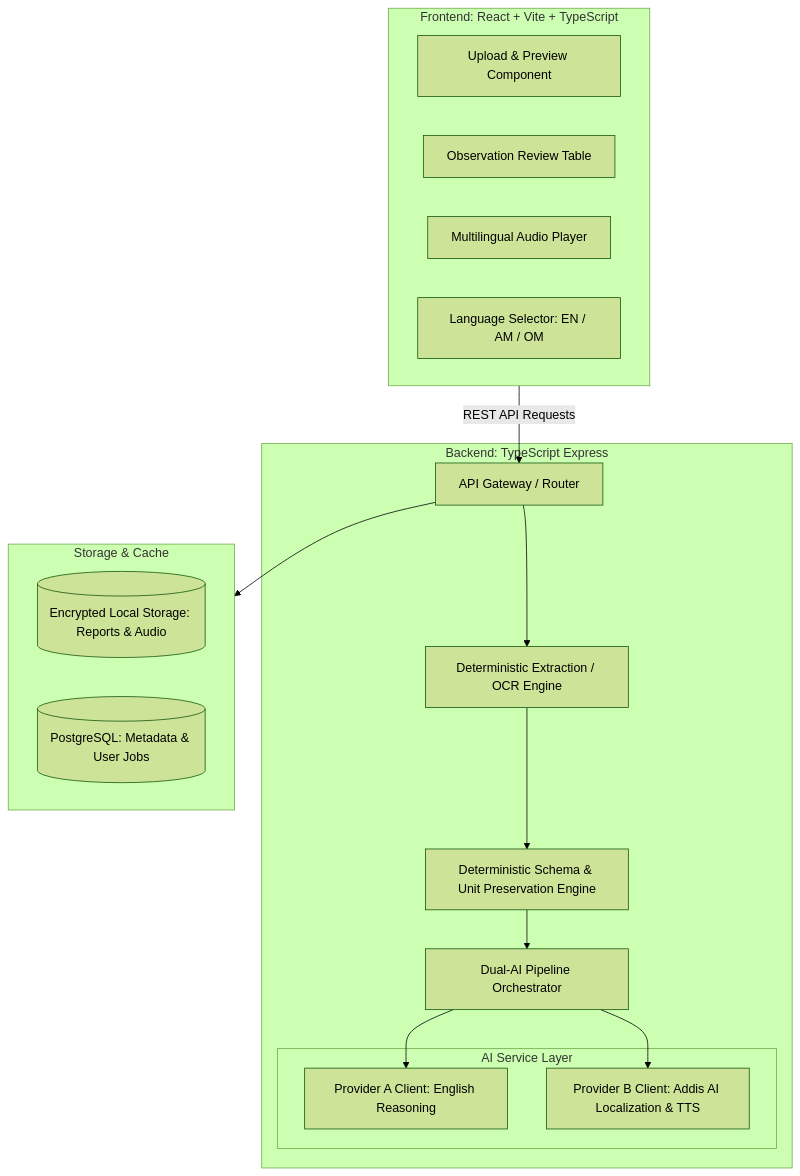
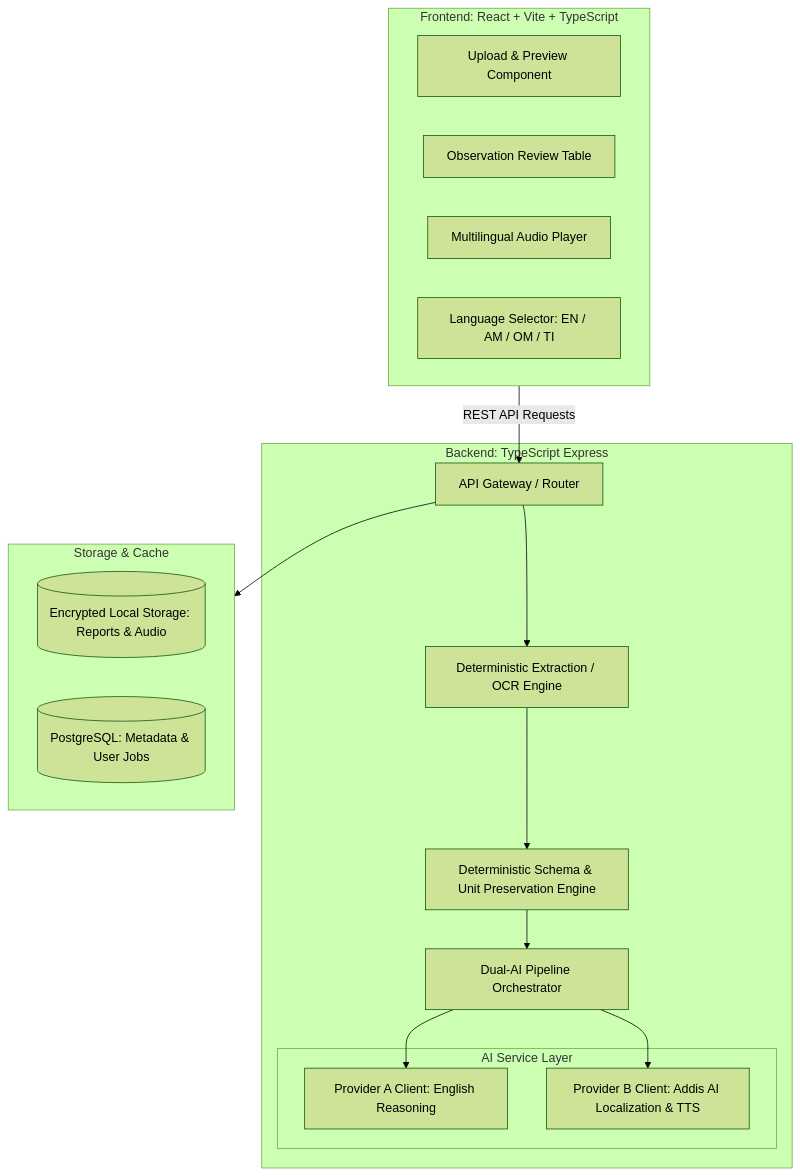
The second of 3 diagrams in docs/architecture.md (Eliphaz21/Lisan_Health), drawn with Mermaid (forest theme) before and after one commit. The commit also changed other lines of this file and 8 other files, not shown here.

````diff
--- a/docs/architecture.md
+++ b/docs/architecture.md
@@ -29,34 +29,34 @@
 ```mermaid
 graph TD
     subgraph ClientBrowser [Frontend: React + Vite + TypeScript]
         UploadComponent[Upload & Preview Component]
         ReviewComponent[Observation Review Table]
         AudioPlayer[Multilingual Audio Player]
-        LangSelector[Language Selector: EN / AM / OM]
+        LangSelector[Language Selector: EN / AM / OM / TI]
     end
 
     subgraph BackendAPI [Backend: TypeScript Express]
         Router[API Gateway / Router]
         ExtractorService[Deterministic Extraction / OCR Engine]
         ValidationLayer[Deterministic Schema & Unit Preservation Engine]
         PipelineOrchestrator[Dual-AI Pipeline Orchestrator]
         
         subgraph AIServices [AI Service Layer]
             ReasoningClient[Provider A Client: English Reasoning]
             AddisAiClient[Provider B Client: Addis AI Localization & TTS]
         end
     end
 
     subgraph DataStorage [Storage & Cache]
         TempStorage[(Encrypted Local Storage: Reports & Audio)]
         Database[(PostgreSQL: Metadata & User Jobs)]
     end
 
     ClientBrowser -->|REST API Requests| Router
     Router --> ExtractorService
     ExtractorService --> ValidationLayer
     ValidationLayer --> PipelineOrchestrator
     PipelineOrchestrator --> ReasoningClient
     PipelineOrchestrator --> AddisAiClient
     Router --> DataStorage
 ```
````
